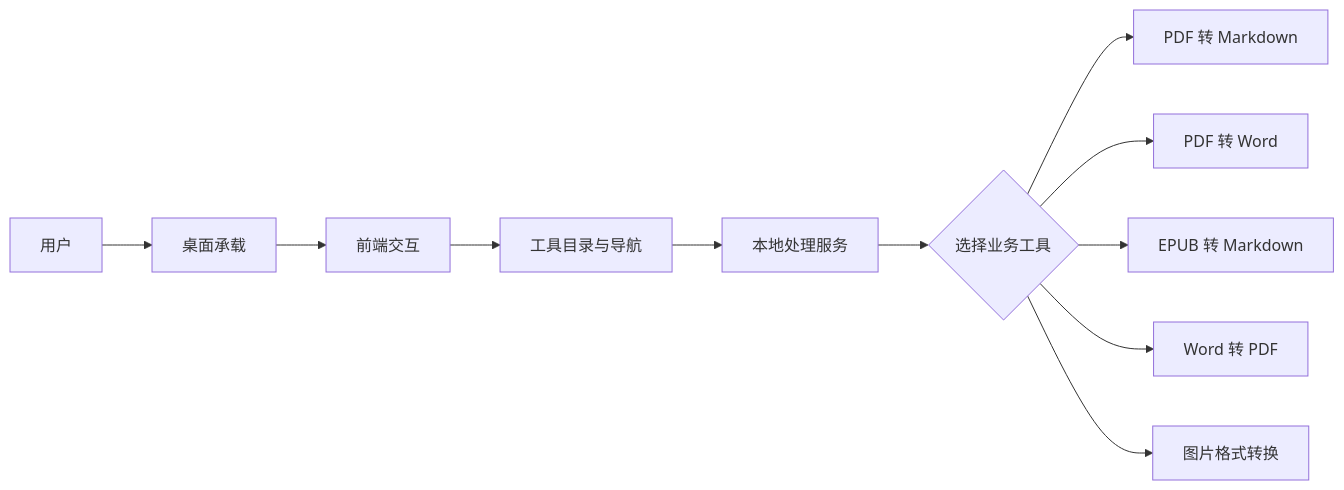
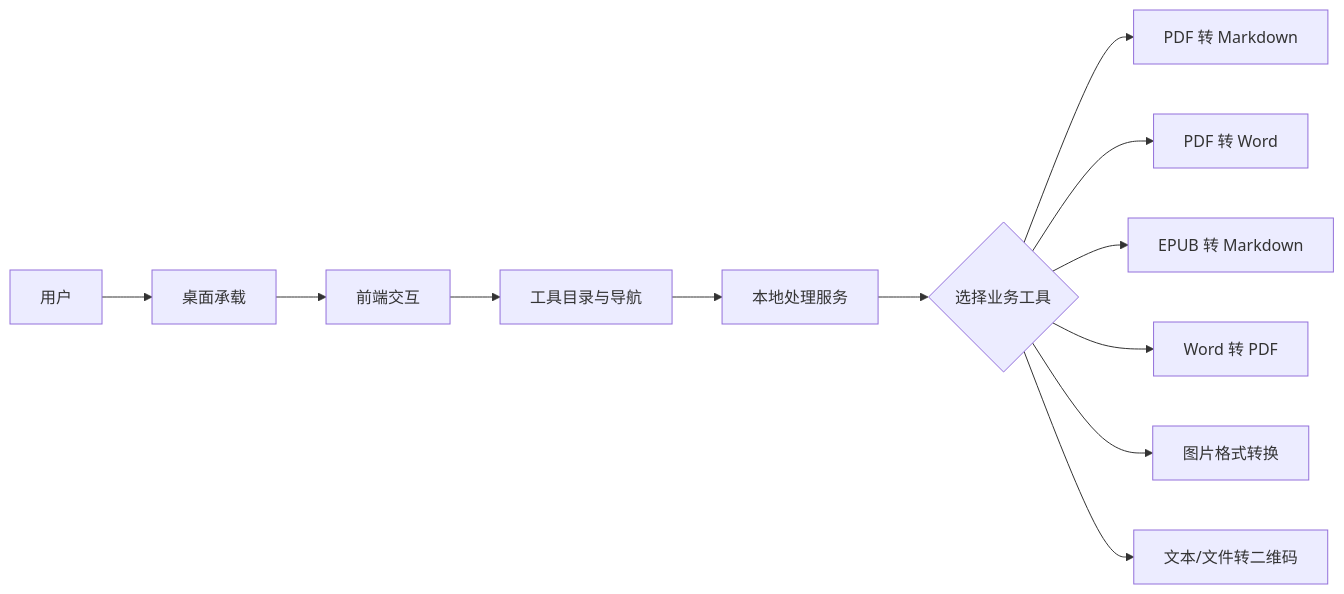
The first of 7 diagrams in doc/模块说明文档.md (ddll8023/tools), drawn with Mermaid before and after one commit. The commit also changed other lines of this file and 12 other files, not shown here.

````diff
--- a/doc/模块说明文档.md
+++ b/doc/模块说明文档.md
@@ -266,13 +287,14 @@
 ```mermaid
 flowchart LR
     User[用户] --> Shell[桌面承载]
     Shell --> UI[前端交互]
     UI --> Catalog[工具目录与导航]
     Catalog --> Service[本地处理服务]
     Service --> Select{选择业务工具}
     Select --> PDF[PDF 转 Markdown]
     Select --> PDFWORD[PDF 转 Word]
     Select --> EPUB[EPUB 转 Markdown]
     Select --> WORD[Word 转 PDF]
     Select --> IMAGE[图片格式转换]
+    Select --> QRCODE[文本/文件转二维码]
 ```
````
